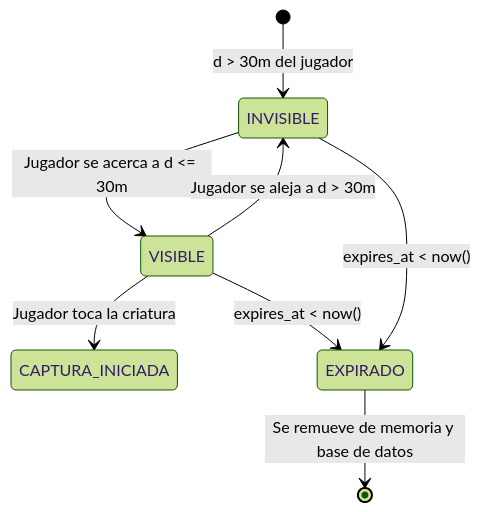
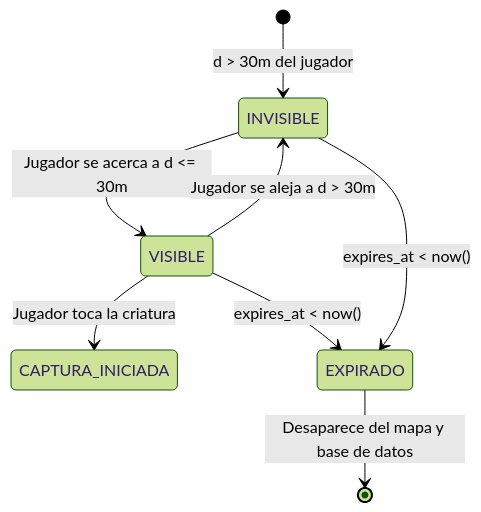
One commit to DarkFallenStar/PokemonGODM changed the second of 2 diagrams in SPEC_MODULO_4.md. Above: the diagram before and after it, drawn with Mermaid (forest theme). The commit also changed other lines of this file, not shown here.

````diff
--- a/SPEC_MODULO_4.md
+++ b/SPEC_MODULO_4.md
@@ -200,10 +238,10 @@
 ```mermaid
 stateDiagram-v2
     [*] --> INVISIBLE: d > 30m del jugador
     INVISIBLE --> VISIBLE: Jugador se acerca a d <= 30m
     VISIBLE --> INVISIBLE: Jugador se aleja a d > 30m
     VISIBLE --> CAPTURA_INICIADA: Jugador toca la criatura
     VISIBLE --> EXPIRADO: expires_at < now()
     INVISIBLE --> EXPIRADO: expires_at < now()
-    EXPIRADO --> [*]: Se remueve de memoria y base de datos
+    EXPIRADO --> [*]: Desaparece del mapa y base de datos
 ```
````
